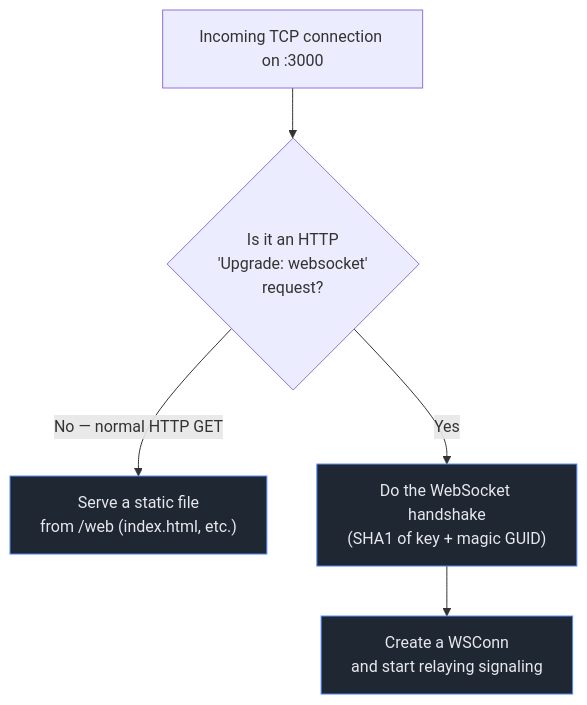
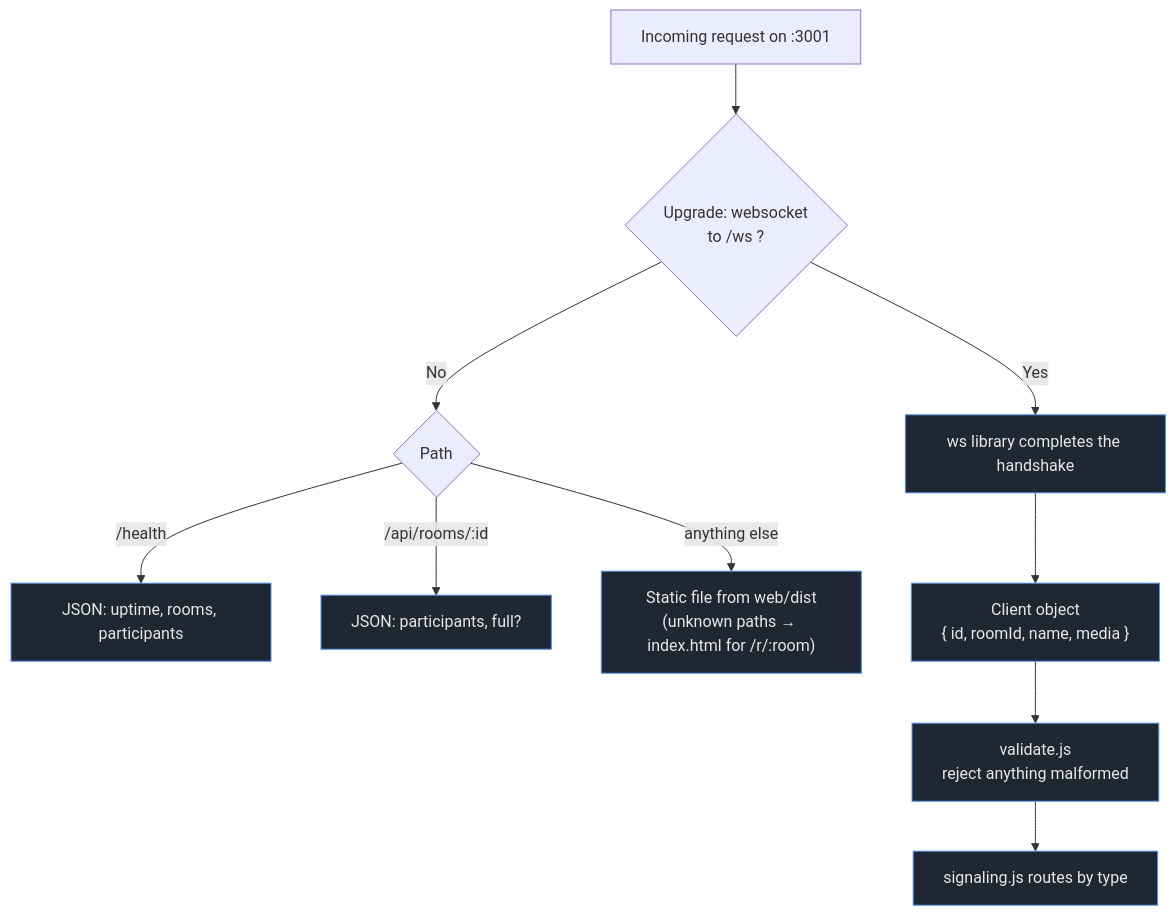
One commit to HarishVerma-UI/video-call-app changed the fourth of 7 diagrams in ARCHITECTURE.md. Above: the diagram before and after it, drawn with Mermaid. The commit also changed other lines of this file and 57 other files, not shown here.

First line of the commit message:
Build full app: React web, React Native mobile, Node signaling server

````diff
--- a/ARCHITECTURE.md
+++ b/ARCHITECTURE.md
@@ -63,11 +118,16 @@
 ```mermaid
 flowchart TD
-  REQ["Incoming TCP connection on :3000"]
-  REQ --> Q{"Is it an HTTP<br/>'Upgrade: websocket'<br/>request?"}
-  Q -->|"No — normal HTTP GET"| H["Serve a static file<br/>from /web (index.html, etc.)"]
-  Q -->|"Yes"| U["Do the WebSocket handshake<br/>(SHA1 of key + magic GUID)"]
-  U --> C["Create a WSConn<br/>and start relaying signaling"]
+  REQ["Incoming request on :3001"]
+  REQ --> Q{"Upgrade: websocket<br/>to /ws ?"}
+  Q -->|No| R{"Path"}
+  R -->|"/health"| H["JSON: uptime, rooms, participants"]
+  R -->|"/api/rooms/:id"| API["JSON: participants, full?"]
+  R -->|"anything else"| ST["Static file from web/dist<br/>(unknown paths → index.html for /r/:room)"]
+  Q -->|Yes| U["ws library completes the handshake"]
+  U --> C["Client object<br/>{ id, roomId, name, media }"]
+  C --> V["validate.js<br/>reject anything malformed"]
+  V --> ROUTE["signaling.js routes by type"]
 
   classDef s fill:#1f2733,stroke:#4f8cff,color:#e6e8ec;
-  class H,U,C s;
+  class H,API,ST,U,C,V,ROUTE s;
 ```
````
